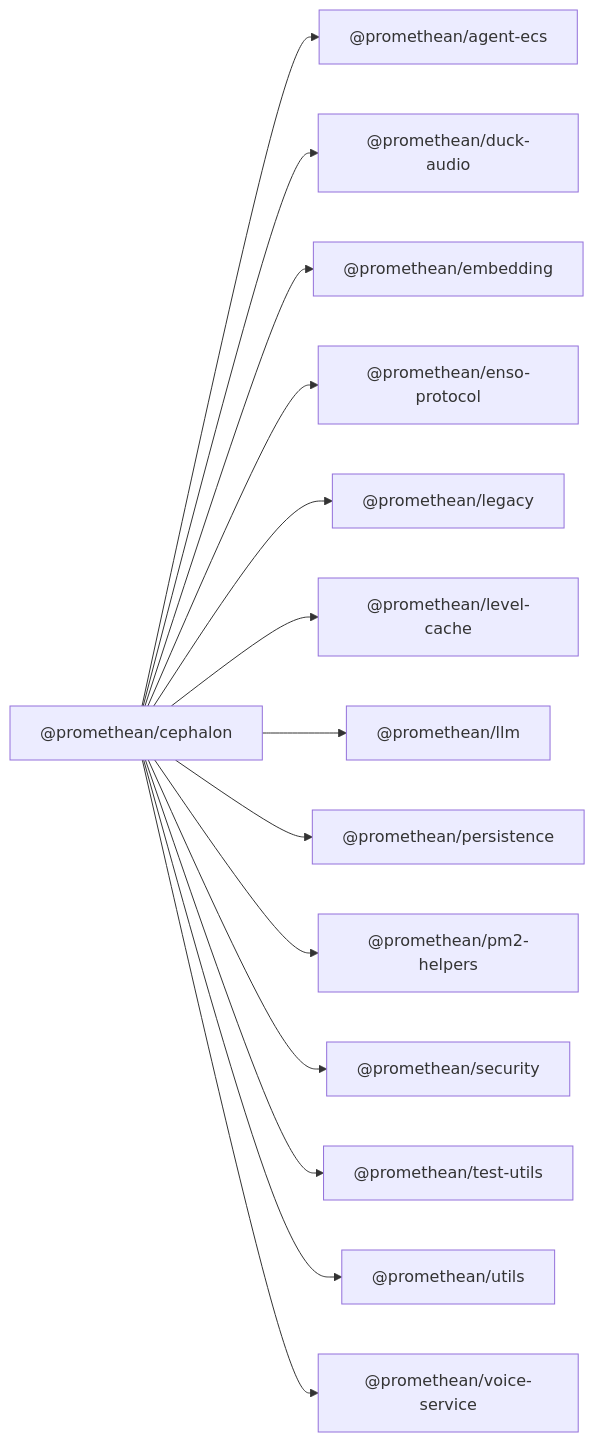
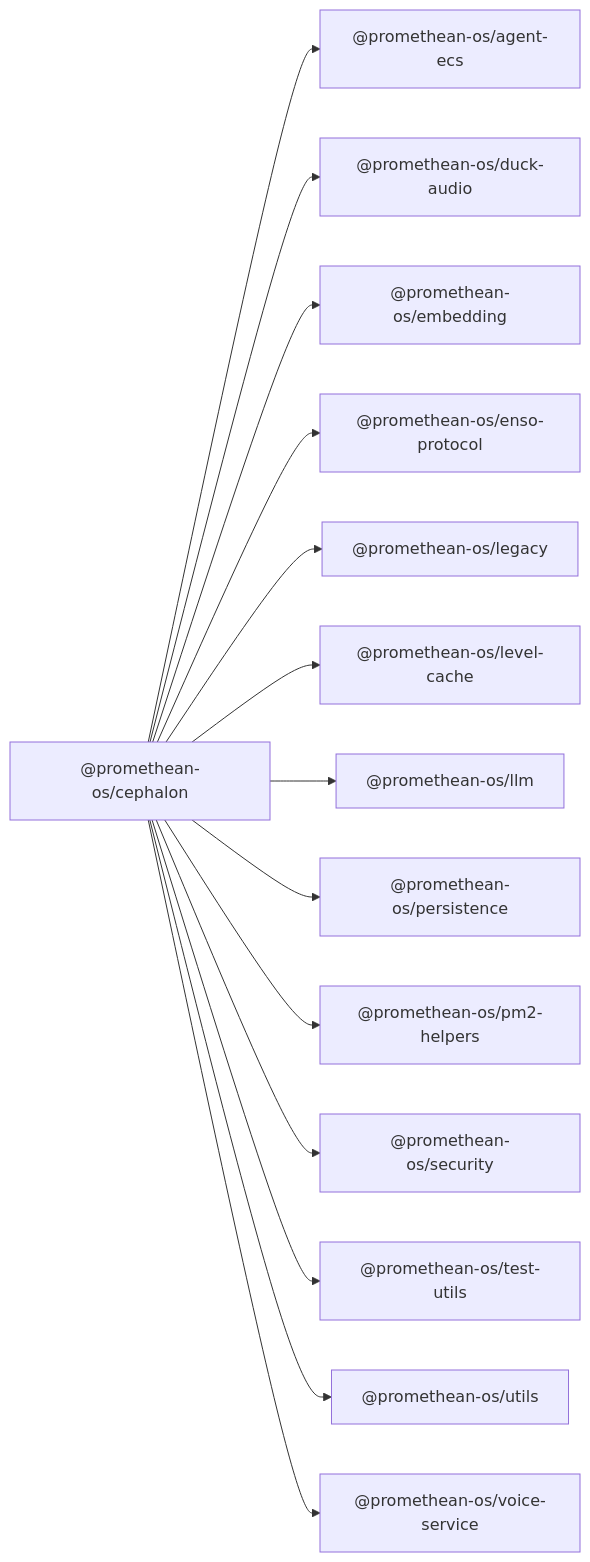
The diagram in docs/packages/cephalon/README.md (octave-commons/promethean), drawn with Mermaid before and after one commit. The commit also changed other lines of this file and 1753 other files, not shown here.

````diff
--- a/docs/packages/cephalon/README.md
+++ b/docs/packages/cephalon/README.md
@@ -14,43 +14,43 @@
 ```mermaid
 graph LR
-  A["@promethean/cephalon"]
-  D1["@promethean/agent-ecs"]
-  D2["@promethean/duck-audio"]
-  D3["@promethean/embedding"]
-  D4["@promethean/enso-protocol"]
-  D5["@promethean/legacy"]
-  D6["@promethean/level-cache"]
-  D7["@promethean/llm"]
-  D8["@promethean/persistence"]
-  D9["@promethean/pm2-helpers"]
-  D10["@promethean/security"]
-  D11["@promethean/test-utils"]
-  D12["@promethean/utils"]
-  D13["@promethean/voice-service"]
-  A --> D1["@promethean/agent-ecs"]
-  A --> D2["@promethean/duck-audio"]
-  A --> D3["@promethean/embedding"]
-  A --> D4["@promethean/enso-protocol"]
-  A --> D5["@promethean/legacy"]
-  A --> D6["@promethean/level-cache"]
-  A --> D7["@promethean/llm"]
-  A --> D8["@promethean/persistence"]
-  A --> D9["@promethean/pm2-helpers"]
-  A --> D10["@promethean/security"]
-  A --> D11["@promethean/test-utils"]
-  A --> D12["@promethean/utils"]
-  A --> D13["@promethean/voice-service"]
-  click D1 "../agent-ecs/README.md" "@promethean/agent-ecs"
-  click D2 "../duck-audio/README.md" "@promethean/duck-audio"
-  click D3 "../embedding/README.md" "@promethean/embedding"
-  click D4 "../enso-protocol/README.md" "@promethean/enso-protocol"
-  click D5 "../legacy/README.md" "@promethean/legacy"
-  click D6 "../level-cache/README.md" "@promethean/level-cache"
-  click D7 "../llm/README.md" "@promethean/llm"
-  click D8 "../persistence/README.md" "@promethean/persistence"
-  click D9 "../pm2-helpers/README.md" "@promethean/pm2-helpers"
-  click D10 "../security/README.md" "@promethean/security"
-  click D11 "../test-utils/README.md" "@promethean/test-utils"
-  click D12 "../utils/README.md" "@promethean/utils"
-  click D13 "../voice/README.md" "@promethean/voice-service"
+  A["@promethean-os/cephalon"]
+  D1["@promethean-os/agent-ecs"]
+  D2["@promethean-os/duck-audio"]
+  D3["@promethean-os/embedding"]
+  D4["@promethean-os/enso-protocol"]
+  D5["@promethean-os/legacy"]
+  D6["@promethean-os/level-cache"]
+  D7["@promethean-os/llm"]
+  D8["@promethean-os/persistence"]
+  D9["@promethean-os/pm2-helpers"]
+  D10["@promethean-os/security"]
+  D11["@promethean-os/test-utils"]
+  D12["@promethean-os/utils"]
+  D13["@promethean-os/voice-service"]
+  A --> D1["@promethean-os/agent-ecs"]
+  A --> D2["@promethean-os/duck-audio"]
+  A --> D3["@promethean-os/embedding"]
+  A --> D4["@promethean-os/enso-protocol"]
+  A --> D5["@promethean-os/legacy"]
+  A --> D6["@promethean-os/level-cache"]
+  A --> D7["@promethean-os/llm"]
+  A --> D8["@promethean-os/persistence"]
+  A --> D9["@promethean-os/pm2-helpers"]
+  A --> D10["@promethean-os/security"]
+  A --> D11["@promethean-os/test-utils"]
+  A --> D12["@promethean-os/utils"]
+  A --> D13["@promethean-os/voice-service"]
+  click D1 "../agent-ecs/README.md" "@promethean-os/agent-ecs"
+  click D2 "../duck-audio/README.md" "@promethean-os/duck-audio"
+  click D3 "../embedding/README.md" "@promethean-os/embedding"
+  click D4 "../enso-protocol/README.md" "@promethean-os/enso-protocol"
+  click D5 "../legacy/README.md" "@promethean-os/legacy"
+  click D6 "../level-cache/README.md" "@promethean-os/level-cache"
+  click D7 "../llm/README.md" "@promethean-os/llm"
+  click D8 "../persistence/README.md" "@promethean-os/persistence"
+  click D9 "../pm2-helpers/README.md" "@promethean-os/pm2-helpers"
+  click D10 "../security/README.md" "@promethean-os/security"
+  click D11 "../test-utils/README.md" "@promethean-os/test-utils"
+  click D12 "../utils/README.md" "@promethean-os/utils"
+  click D13 "../voice/README.md" "@promethean-os/voice-service"
 ```
````
